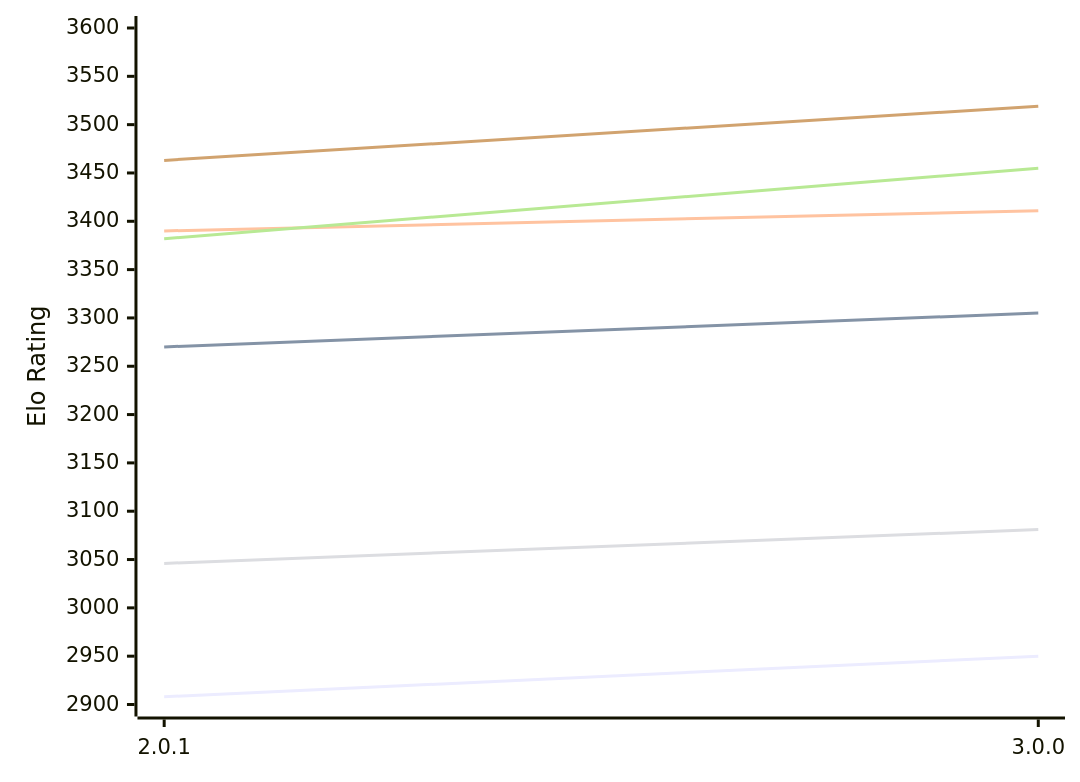
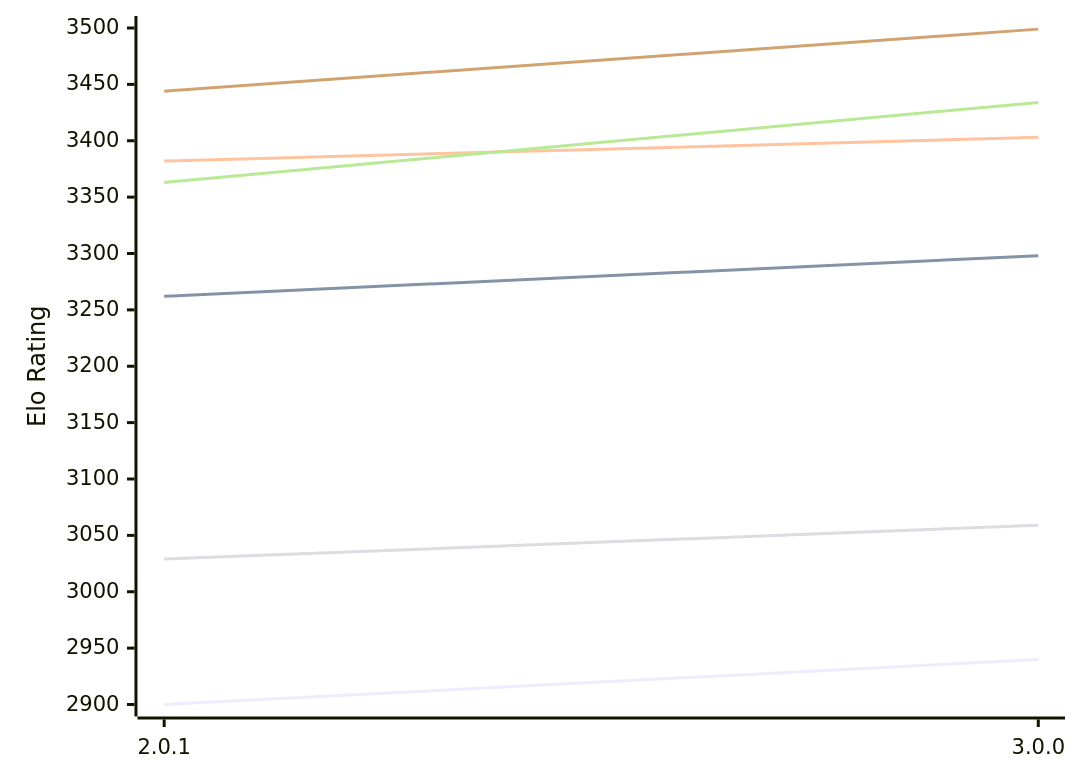
The first of 2 diagrams in engines/Grail.md (computer-chess-index/cci), drawn with Mermaid before and after one commit. The commit also changed other lines of this file, not shown here.

Commit message:
Update CCI Ratings (ELO VLTC) - 2026-11-02

````diff
--- a/engines/Grail.md
+++ b/engines/Grail.md
@@ -56,12 +56,12 @@
 ```mermaid
 %%{init: {"theme":"base","themeVariables":{"seriesColors:['#a3a3a3','#222221','#faa371']}}}%%
 xychart-beta
   x-axis ["2.0.1", "3.0.0"]
-  y-axis "Elo Rating" 2900 --> 3600
-  line "E1: STC (8.0+0.08s)" [2908, 2950]
-  line "E1: LTC (60.0+0.60s)" [3270, 3305]
-  line "E1: VLTC (2m24s+1.12s)" [3390, 3411]
-  line "P1: STC (8.0+0.08s)" [3046, 3081]
-  line "P1: LTC (60.0+0.60s)" [3382, 3455]
-  line "P1: VLTC (2m24s+1.12s)" [3463, 3519]
+  y-axis "Elo Rating" 2900 --> 3500
+  line "E1: STC (8.0+0.08s)" [2900, 2940]
+  line "E1: LTC (60.0+0.60s)" [3262, 3298]
+  line "E1: VLTC (2m24s+1.12s)" [3382, 3403]
+  line "P1: STC (8.0+0.08s)" [3029, 3059]
+  line "P1: LTC (60.0+0.60s)" [3363, 3434]
+  line "P1: VLTC (2m24s+1.12s)" [3444, 3499]
 ```
````
